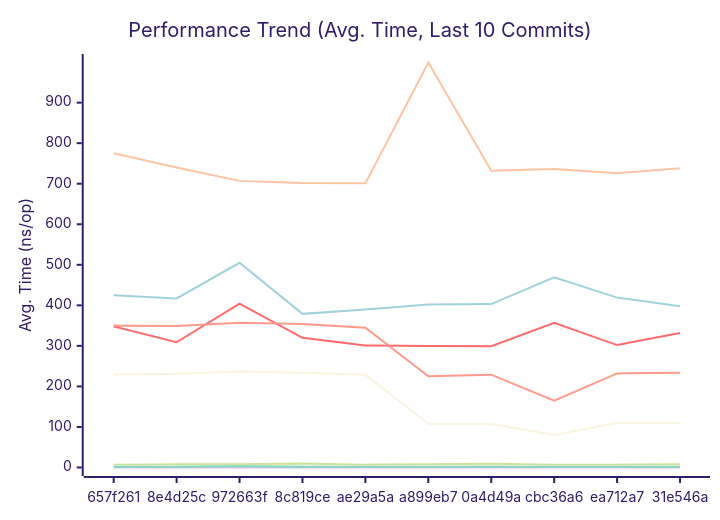
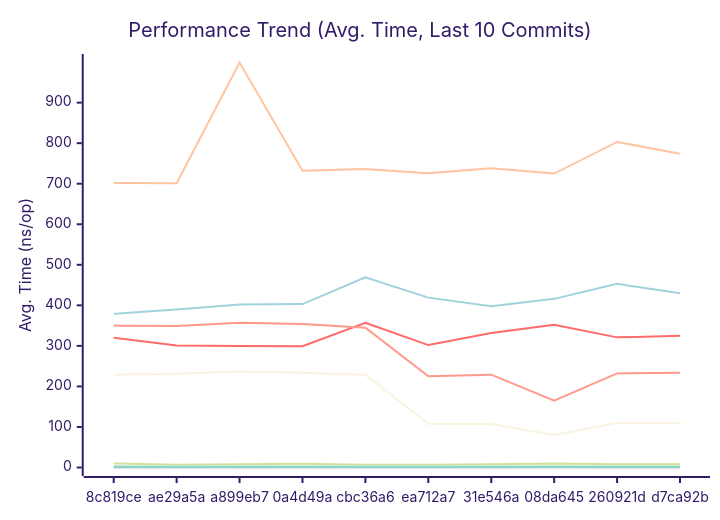
Before and after one commit to alsotoes/momo: the first of 3 diagrams in docs/PERFORMANCE.md, drawn with Mermaid (forest theme). The commit also changed other lines of this file and 17 other files, not shown here.

````diff
--- a/docs/PERFORMANCE.md
+++ b/docs/PERFORMANCE.md
@@ -80,16 +80,16 @@
 ```mermaid
 xychart-beta
     title "Performance Trend (Avg. Time, Last 10 Commits)"
     x-axis "Commit"
     y-axis "Avg. Time (ns/op)"
-    x-axis [657f261,8e4d25c,972663f,8c819ce,ae29a5a,a899eb7,0a4d49a,cbc36a6,ea712a7,31e546a]
-    line "CheckMetricsAndSwap" [7,8,8,10,7,8,9,7,7,8]
-    line "CrushOptimized" [348,309,404,320,301,300,299,357,302,332]
-    line "CrushOriginal" [425,417,505,379,390,402,403,469,419,398]
+    x-axis [8c819ce,ae29a5a,a899eb7,0a4d49a,cbc36a6,ea712a7,31e546a,08da645,260921d,d7ca92b]
+    line "CheckMetricsAndSwap" [10,7,8,9,7,7,8,10,8,8]
+    line "CrushOptimized" [320,301,300,299,357,302,332,352,321,325]
+    line "CrushOriginal" [379,390,402,403,469,419,398,416,453,430]
     line "IndexDirectTracking" [0,0,0,0,0,0,0,0,0,0]
     line "IndexSearch" [3,3,3,3,3,3,3,3,3,3]
-    line "LoadGlobalConfig" [775,740,707,702,701,999,732,736,726,738]
-    line "PadString" [2,2,3,2,2,2,2,2,2,2]
+    line "LoadGlobalConfig" [702,701,999,732,736,726,738,725,803,774]
+    line "PadString" [2,2,2,2,2,2,2,2,2,2]
     line "ParseReplicationOrder_NoPrealloc" [350,349,357,354,345,225,229,165,232,234]
     line "ParseReplicationOrder_Prealloc" [229,231,237,234,229,108,107,80,110,109]
 ```
````
